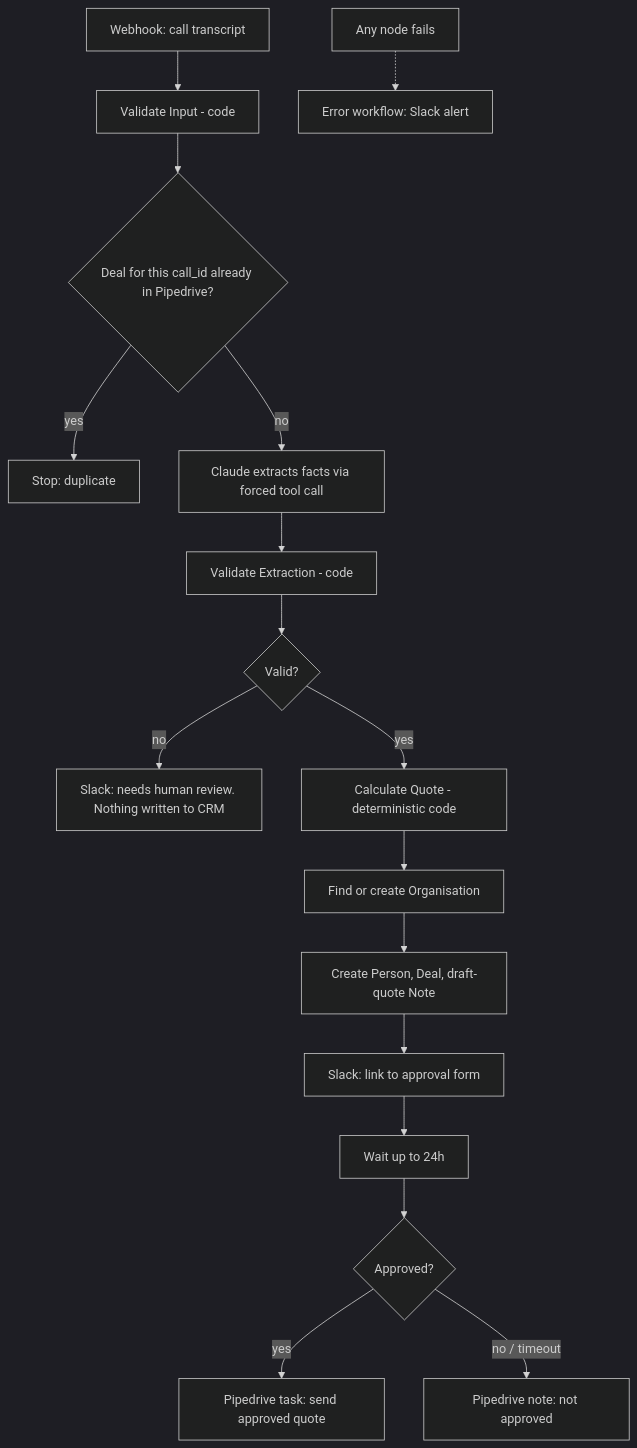
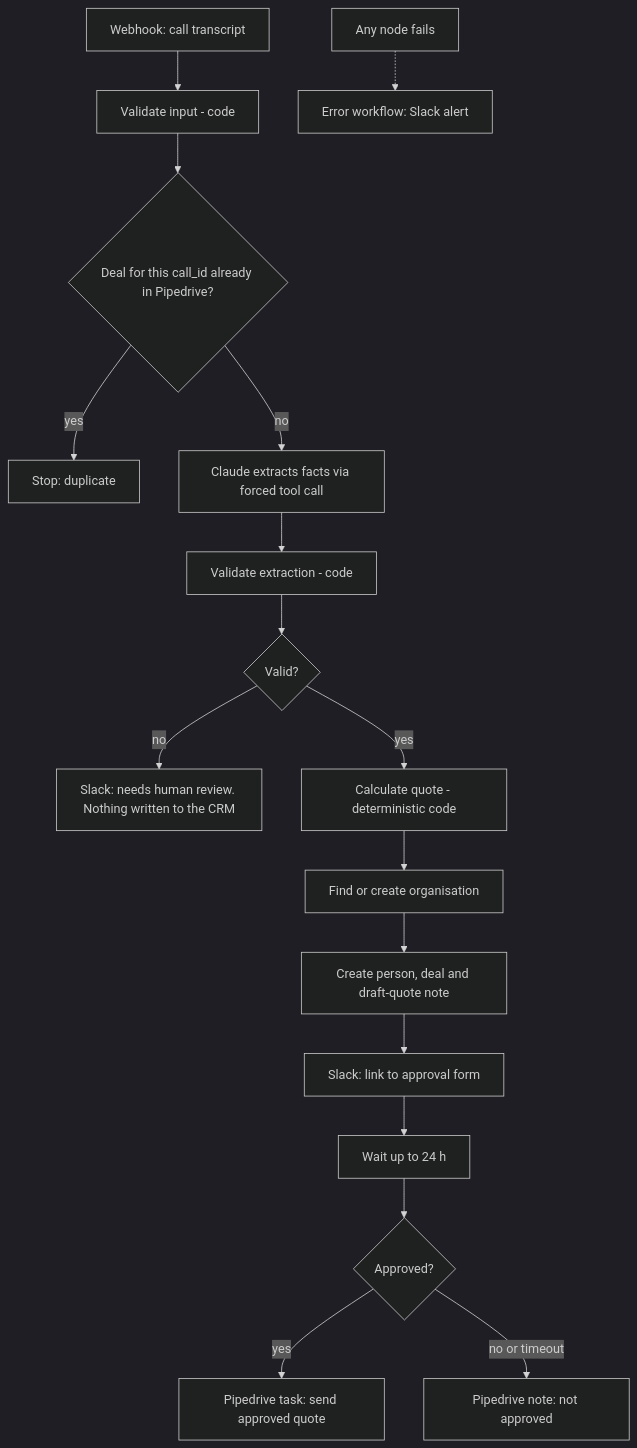
Before and after one commit to vrecla/automation: the diagram in call-to-quote-agent/README.md, drawn with Mermaid (dark theme). The commit also changed other lines of this file and 5 other files, not shown here.

````diff
--- a/call-to-quote-agent/README.md
+++ b/call-to-quote-agent/README.md
@@ -9,19 +11,19 @@
 ```mermaid
 flowchart TD
-  A[Webhook: call transcript] --> B[Validate Input - code]
+  A[Webhook: call transcript] --> B[Validate input - code]
   B --> C{Deal for this call_id already in Pipedrive?}
   C -- yes --> Z1[Stop: duplicate]
   C -- no --> D[Claude extracts facts via forced tool call]
-  D --> E[Validate Extraction - code]
+  D --> E[Validate extraction - code]
   E --> F{Valid?}
-  F -- no --> Z2[Slack: needs human review. Nothing written to CRM]
-  F -- yes --> G[Calculate Quote - deterministic code]
-  G --> H[Find or create Organisation]
-  H --> I[Create Person, Deal, draft-quote Note]
+  F -- no --> Z2[Slack: needs human review. Nothing written to the CRM]
+  F -- yes --> G[Calculate quote - deterministic code]
+  G --> H[Find or create organisation]
+  H --> I[Create person, deal and draft-quote note]
   I --> J[Slack: link to approval form]
-  J --> K[Wait up to 24h]
+  J --> K[Wait up to 24 h]
   K --> L{Approved?}
   L -- yes --> M[Pipedrive task: send approved quote]
-  L -- no / timeout --> N[Pipedrive note: not approved]
+  L -- no or timeout --> N[Pipedrive note: not approved]
   X[Any node fails] -.-> Y[Error workflow: Slack alert]
 ```
````
